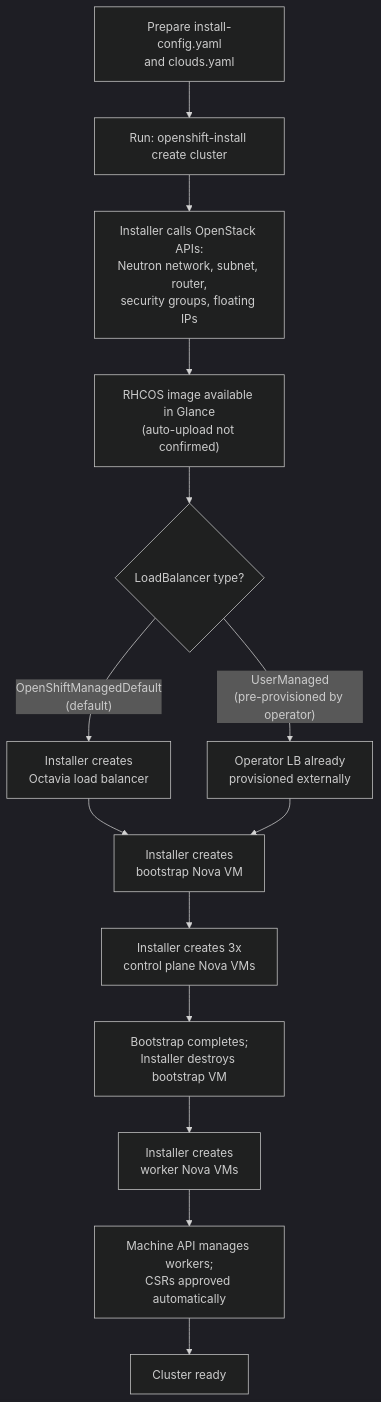
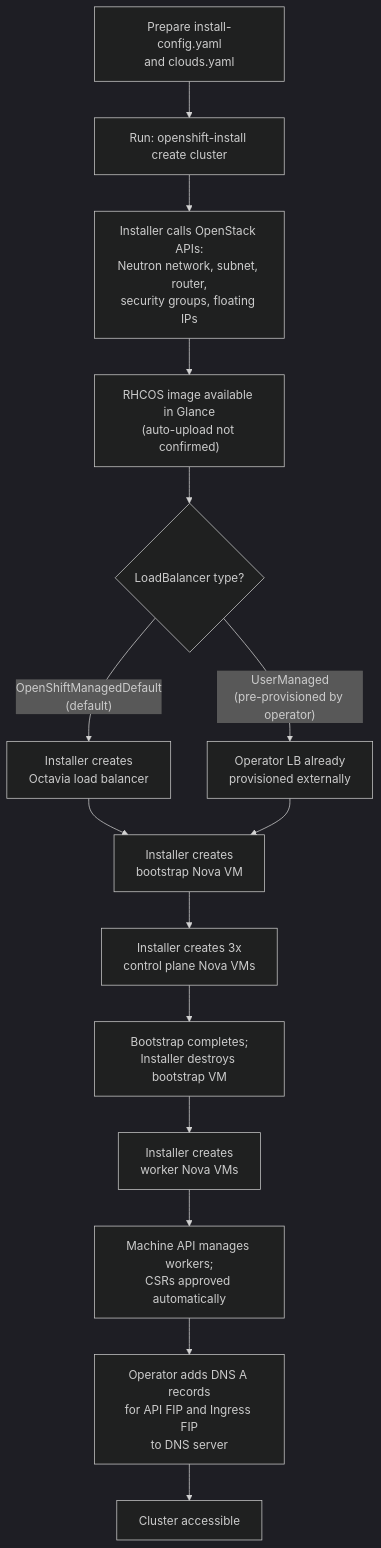
The second of 10 diagrams in docs/openshift-on-rhoso-openstack-deployment-comparison.md (sawoohoorun/ocp-deployment-mode), drawn with Mermaid (dark theme) before and after one commit. The commit also changed other lines of this file and 1 other file, not shown here.

````diff
--- a/docs/openshift-on-rhoso-openstack-deployment-comparison.md
+++ b/docs/openshift-on-rhoso-openstack-deployment-comparison.md
@@ -117,16 +117,17 @@
 ```mermaid
 flowchart TD
     A["Prepare install-config.yaml\nand clouds.yaml"] --> B["Run: openshift-install create cluster"]
     B --> C["Installer calls OpenStack APIs:\nNeutron network, subnet, router,\nsecurity groups, floating IPs"]
     C --> D["RHCOS image available in Glance\n(auto-upload not confirmed)"]
     D --> E{"LoadBalancer type?"}
     E -->|"OpenShiftManagedDefault\n(default)"| F["Installer creates\nOctavia load balancer"]
     E -->|"UserManaged\n(pre-provisioned by operator)"| G["Operator LB already\nprovisioned externally"]
     F --> H["Installer creates\nbootstrap Nova VM"]
     G --> H
     H --> I["Installer creates 3x\ncontrol plane Nova VMs"]
     I --> J["Bootstrap completes;\nInstaller destroys bootstrap VM"]
     J --> K["Installer creates\nworker Nova VMs"]
     K --> L["Machine API manages workers;\nCSRs approved automatically"]
-    L --> M["Cluster ready"]
+    L --> DNS["Operator adds DNS A records\nfor API FIP and Ingress FIP\nto DNS server"]
+    DNS --> M["Cluster accessible"]
 ```
````
